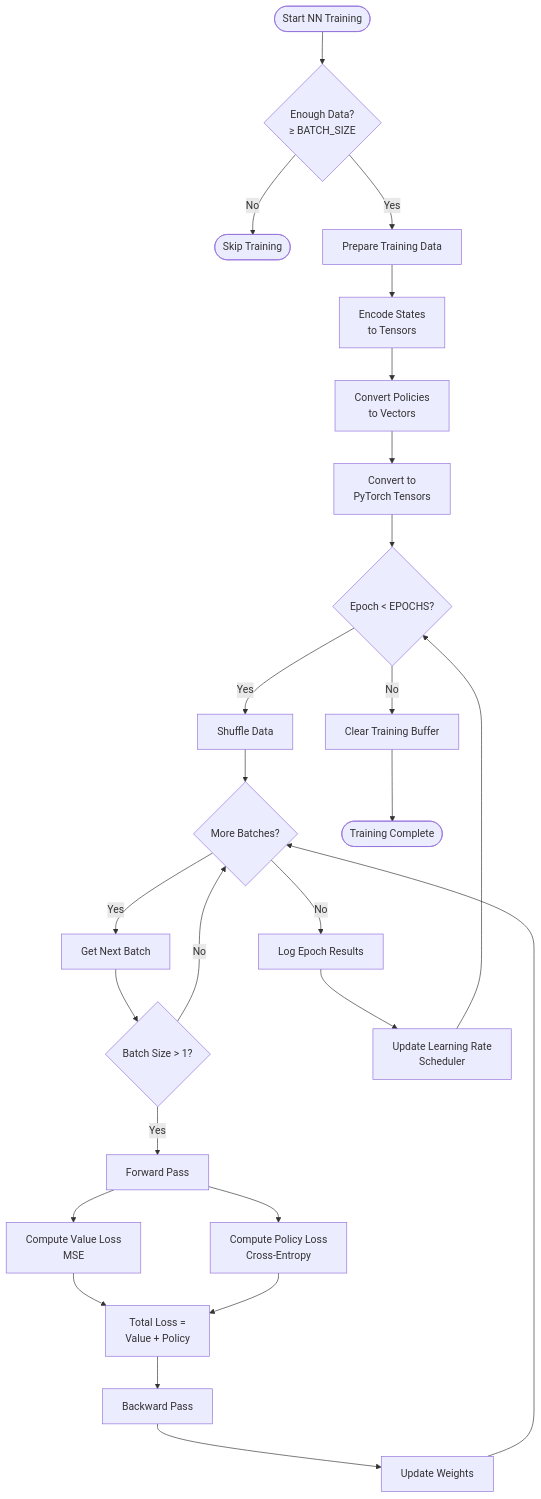
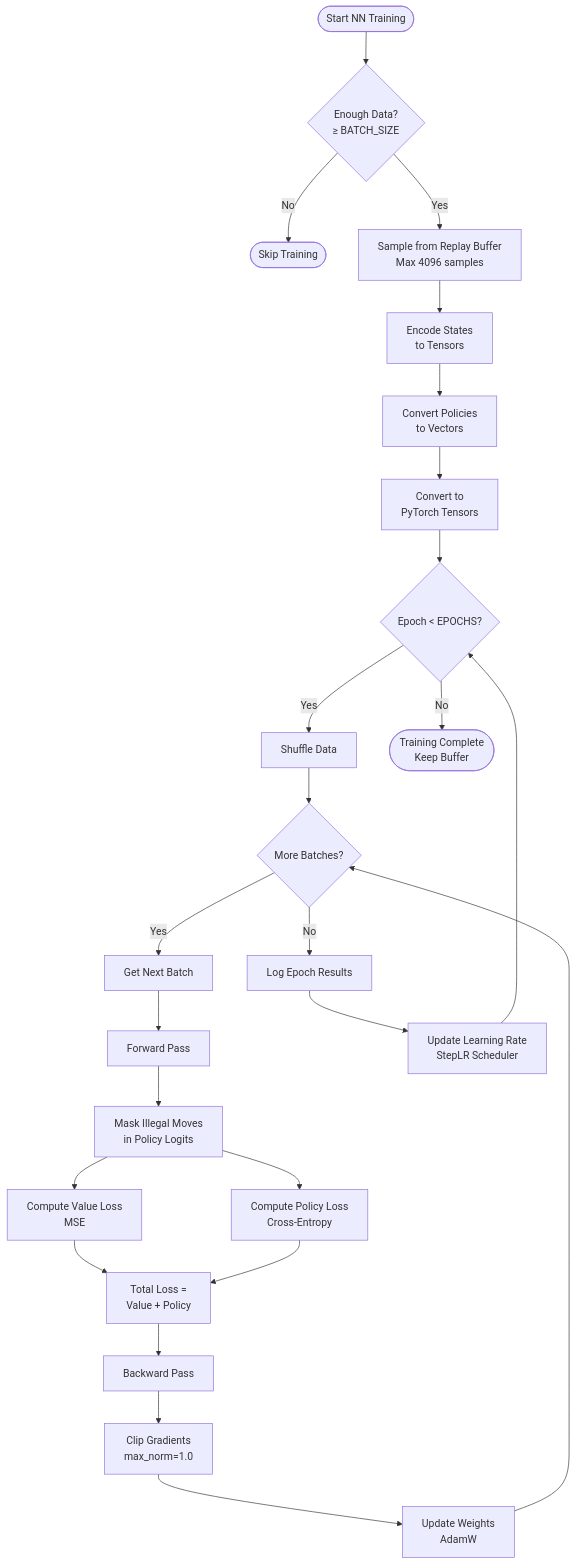
Before and after one commit to nottherealsanta/alpha-toe-zero: the fifth of 7 diagrams in TECHNICAL_DOCUMENTATION.md, drawn with Mermaid. The commit also changed other lines of this file and 3 other files, not shown here.

````diff
--- a/TECHNICAL_DOCUMENTATION.md
+++ b/TECHNICAL_DOCUMENTATION.md
@@ -229,39 +245,37 @@
 ```mermaid
 flowchart TD
     StartTrain([Start NN Training]) --> CheckData{Enough Data?<br/>≥ BATCH_SIZE}
     
     CheckData -->|No| Skip([Skip Training])
-    CheckData -->|Yes| PrepData[Prepare Training Data]
+    CheckData -->|Yes| SampleData[Sample from Replay Buffer<br/>Max 4096 samples]
     
-    PrepData --> EncodeStates[Encode States<br/>to Tensors]
+    SampleData --> EncodeStates[Encode States<br/>to Tensors]
     EncodeStates --> ConvertPolicy[Convert Policies<br/>to Vectors]
     ConvertPolicy --> ToTensor[Convert to<br/>PyTorch Tensors]
     
     ToTensor --> EpochLoop{Epoch < EPOCHS?}
     
     EpochLoop -->|Yes| Shuffle[Shuffle Data]
     Shuffle --> BatchLoop{More Batches?}
     
     BatchLoop -->|Yes| GetBatch[Get Next Batch]
-    GetBatch --> CheckSize{Batch Size > 1?}
+    GetBatch --> Forward[Forward Pass]
     
-    CheckSize -->|No| BatchLoop
-    CheckSize -->|Yes| Forward[Forward Pass]
-    
-    Forward --> ValueLoss[Compute Value Loss<br/>MSE]
-    Forward --> PolicyLoss[Compute Policy Loss<br/>Cross-Entropy]
+    Forward --> MaskIllegal[Mask Illegal Moves<br/>in Policy Logits]
+    MaskIllegal --> ValueLoss[Compute Value Loss<br/>MSE]
+    MaskIllegal --> PolicyLoss[Compute Policy Loss<br/>Cross-Entropy]
     
     ValueLoss --> TotalLoss[Total Loss =<br/>Value + Policy]
     PolicyLoss --> TotalLoss
     
     TotalLoss --> Backward[Backward Pass]
-    Backward --> UpdateWeights[Update Weights]
+    Backward --> ClipGrad[Clip Gradients<br/>max_norm=1.0]
+    ClipGrad --> UpdateWeights[Update Weights<br/>AdamW]
     UpdateWeights --> BatchLoop
     
     BatchLoop -->|No| LogEpoch[Log Epoch Results]
-    LogEpoch --> UpdateLR[Update Learning Rate<br/>Scheduler]
+    LogEpoch --> UpdateLR[Update Learning Rate<br/>StepLR Scheduler]
     UpdateLR --> EpochLoop
     
-    EpochLoop -->|No| ClearBuffer[Clear Training Buffer]
-    ClearBuffer --> Done([Training Complete])
+    EpochLoop -->|No| Done([Training Complete<br/>Keep Buffer])
 ```
````
